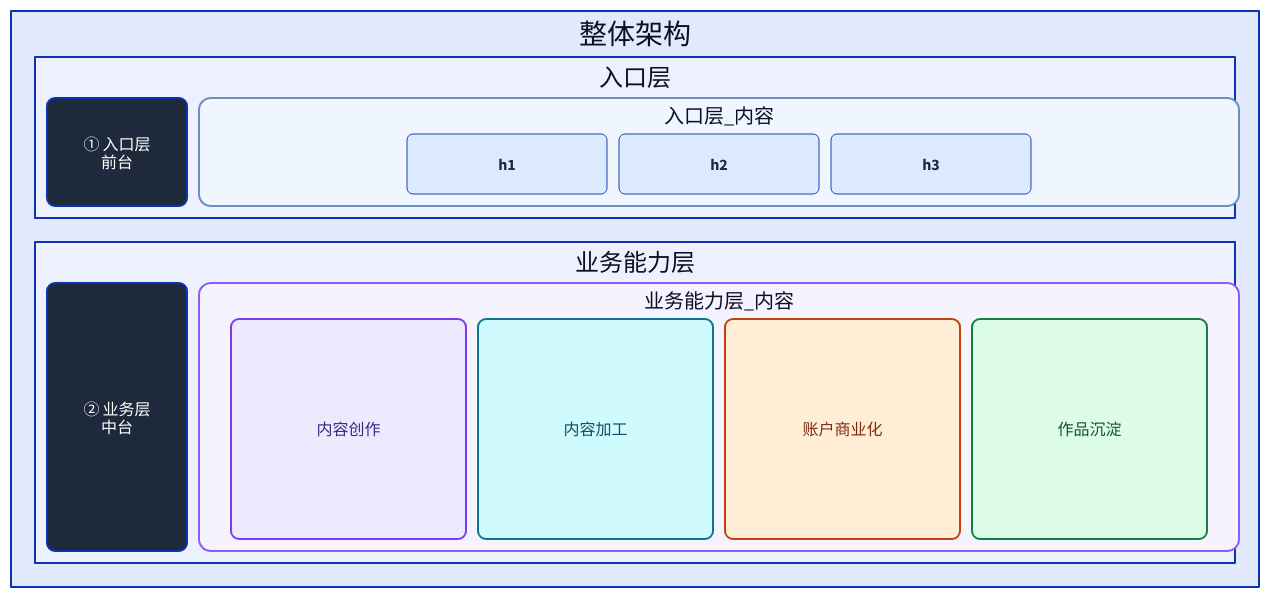
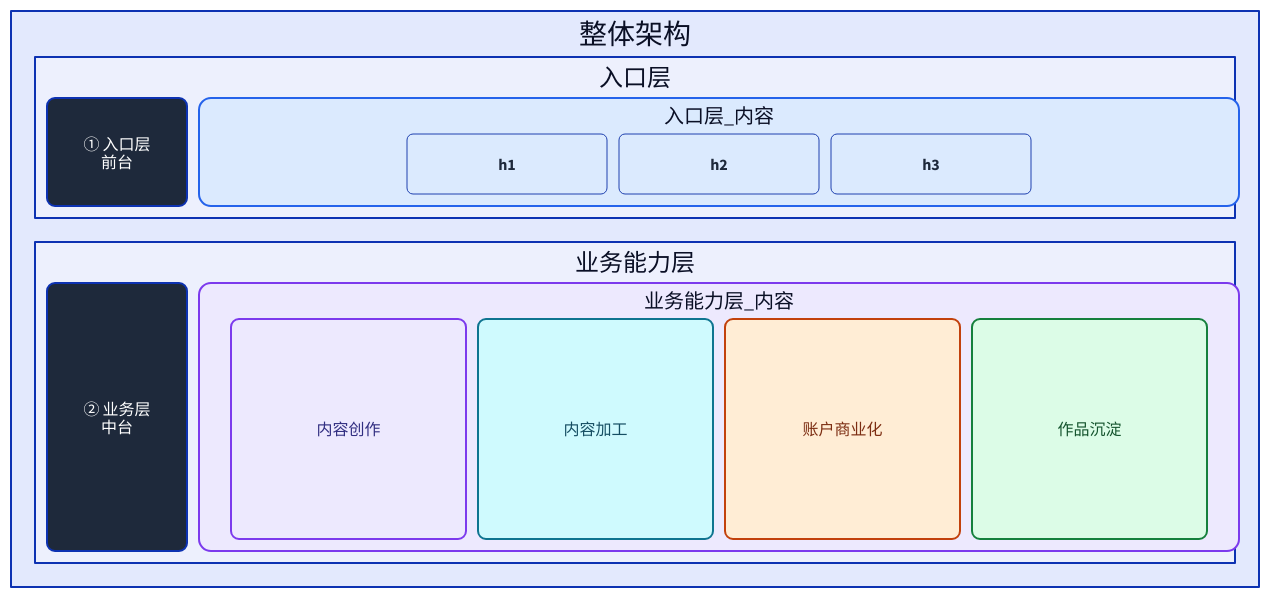
Before and after one commit to syllr/skills: the fourth of 9 diagrams in skills/c4-container-diagram/SKILL.md, drawn with D2. The commit also changed other lines of this file, not shown here.

````diff
--- a/skills/c4-container-diagram/SKILL.md
+++ b/skills/c4-container-diagram/SKILL.md
@@ -436,76 +436,76 @@
 ```d2
 vars: { d2-config: { layout-engine: elk } }
 
 整体架构: {
   grid-rows: 1
   grid-columns: 1
   grid-gap: 24
 
   入口层: {
     width: 1200
     grid-columns: 2          # 左标签 + 右内容
     grid-gap: 12
 
     入口层_标签: {
       width: 140
       style.fill: "#1e293b"
       style.font-color: "#ffffff"
       style.bold: true
       style.border-radius: 8
       label: "① 入口层\n前台"
     }
 
     入口层_内容: {
       width: 1040
       grid-rows: 1
       grid-columns: 3
       grid-gap: 12
-      style.fill: "#eff6ff"
-      style.stroke: "#6c8ebf"
+      style.fill: "#dbeafe"
+      style.stroke: "#2563eb"
       style.stroke-width: 2
       style.border-radius: 12
       h1: { width: 200; height: 60; class: module }
       h2: { width: 200; height: 60; class: module }
       h3: { width: 200; height: 60; class: module }
     }
   }
 
   业务能力层: {
     width: 1200
     grid-columns: 2
     grid-gap: 12
 
     业务能力层_标签: {
       width: 140
       style.fill: "#1e293b"
       style.font-color: "#ffffff"
       style.bold: true
       style.border-radius: 8
       label: "② 业务层\n中台"
     }
 
     业务能力层_内容: {
       width: 1040
       grid-rows: 1
       grid-columns: 4
       grid-gap: 12
-      style.fill: "#f5f3ff"
-      style.stroke: "#8b5cf6"
+      style.fill: "#ede9fe"
+      style.stroke: "#7c3aed"
       style.stroke-width: 2
       style.border-radius: 12
       内容创作: { width: 235; height: 220; class: purpleCard }
       内容加工: { width: 235; height: 220; class: cyanCard }
       账户商业化: { width: 235; height: 220; class: orangeCard }
       作品沉淀: { width: 235; height: 220; class: greenCard }
     }
   }
 }
 
 classes: {
   module: { style: { border-radius: 6; fill: "#dbeafe"; stroke: "#1e40af"; font-color: "#1e293b"; stroke-width: 1 } }
   purpleCard: { width: 235; style.fill: "#ede9fe"; style.stroke: "#7c3aed"; style.font-color: "#312e81"; style.border-radius: 8 }
   cyanCard: { width: 235; style.fill: "#cffafe"; style.stroke: "#0e7490"; style.font-color: "#164e63"; style.border-radius: 8 }
   orangeCard: { width: 235; style.fill: "#ffedd5"; style.stroke: "#c2410c"; style.font-color: "#7c2d12"; style.border-radius: 8 }
   greenCard: { width: 235; style.fill: "#dcfce7"; style.stroke: "#15803d"; style.font-color: "#14532d"; style.border-radius: 8 }
 }
 ```
````
